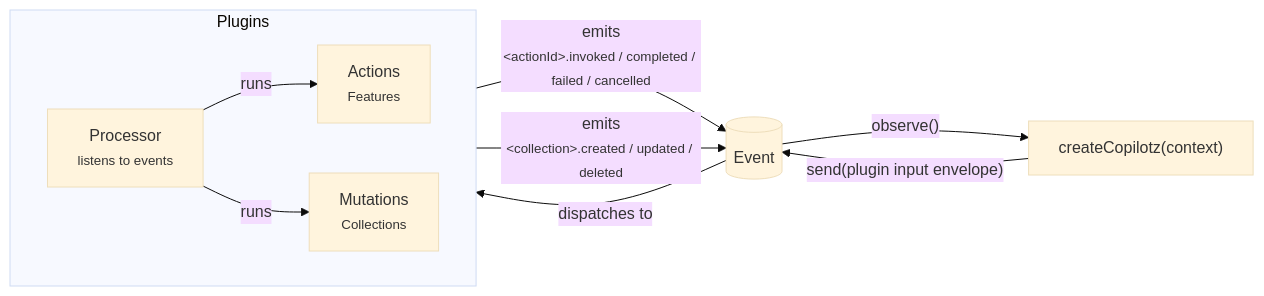
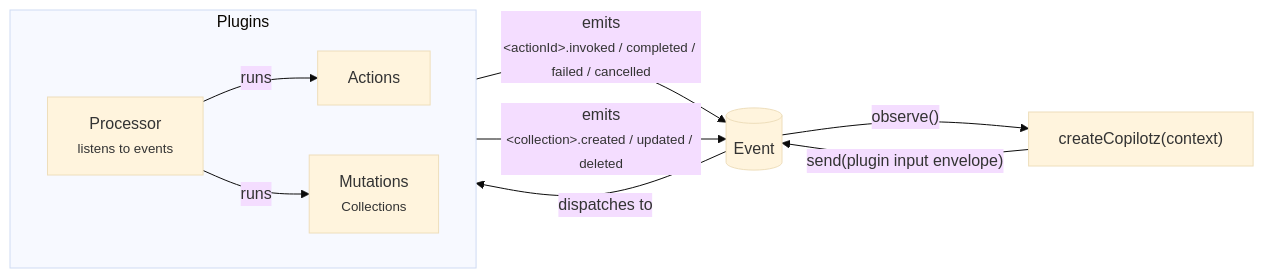
One commit to copilotzhq/copilotz changed the diagram in README.md. Above: the diagram before and after it, drawn with Mermaid (base theme). The commit also changed other lines of this file and 188 other files, not shown here.

````diff
--- a/README.md
+++ b/README.md
@@ -8,22 +8,22 @@
 ```mermaid
 flowchart LR
   app["createCopilotz(context)"]
   event[("Event")]
 
   app -- "send(plugin input envelope)" --> event
   event -- "observe()" --> app
 
   subgraph plugins["Plugins"]
     direction LR
     processor["Processor<br/><small>listens to events</small>"]
-    actions["Actions<br/><small>Features</small>"]
+    actions["Actions"]
     mutations["Mutations<br/><small>Collections</small>"]
 
     processor -- "runs" --> actions
     processor -- "runs" --> mutations
   end
 
   event -- "dispatches to" --> processor
   actions -- "emits<br/><small>&lt;actionId&gt;.invoked / completed / failed / cancelled</small>" --> event
   mutations -- "emits<br/><small>&lt;collection&gt;.created / updated / deleted</small>" --> event
 ```
````
